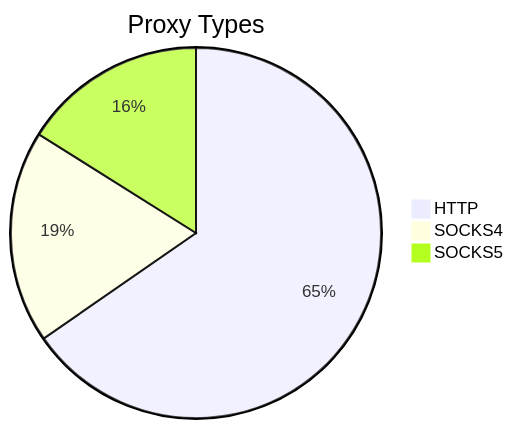
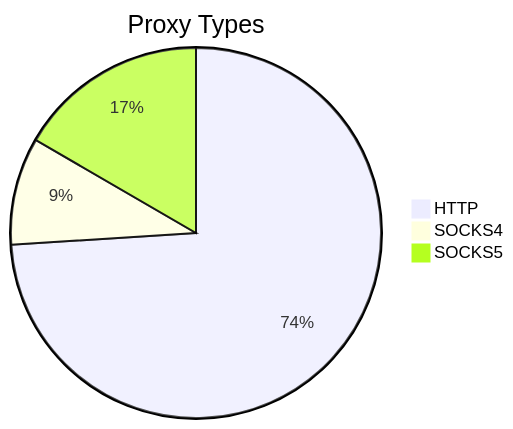
The first of 2 diagrams in README.md (stormsia/proxy-list), drawn with Mermaid before and after one commit. The commit also changed other lines of this file, not shown here.

````diff
--- a/README.md
+++ b/README.md
@@ -21,6 +21,6 @@
 ```mermaid
 pie title Proxy Types
-    "HTTP" : 183
-    "SOCKS4" : 52
-    "SOCKS5" : 45
+    "HTTP" : 347
+    "SOCKS4" : 44
+    "SOCKS5" : 78
 ```
````
